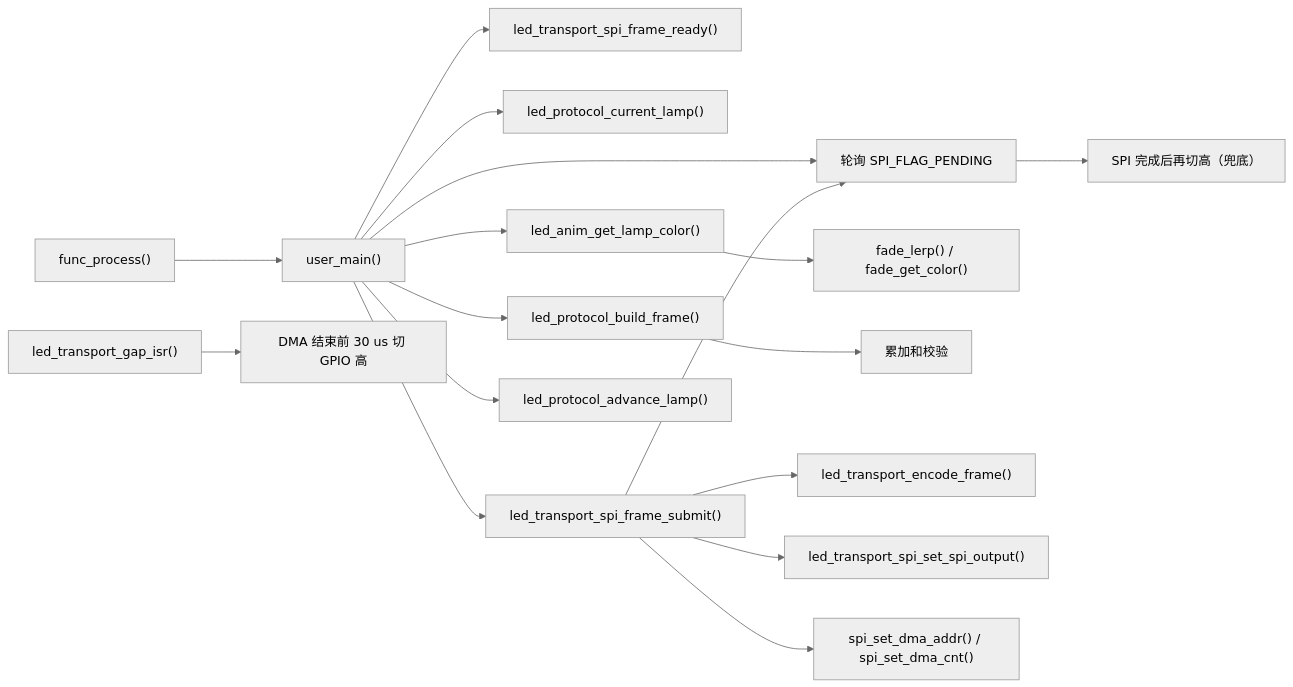
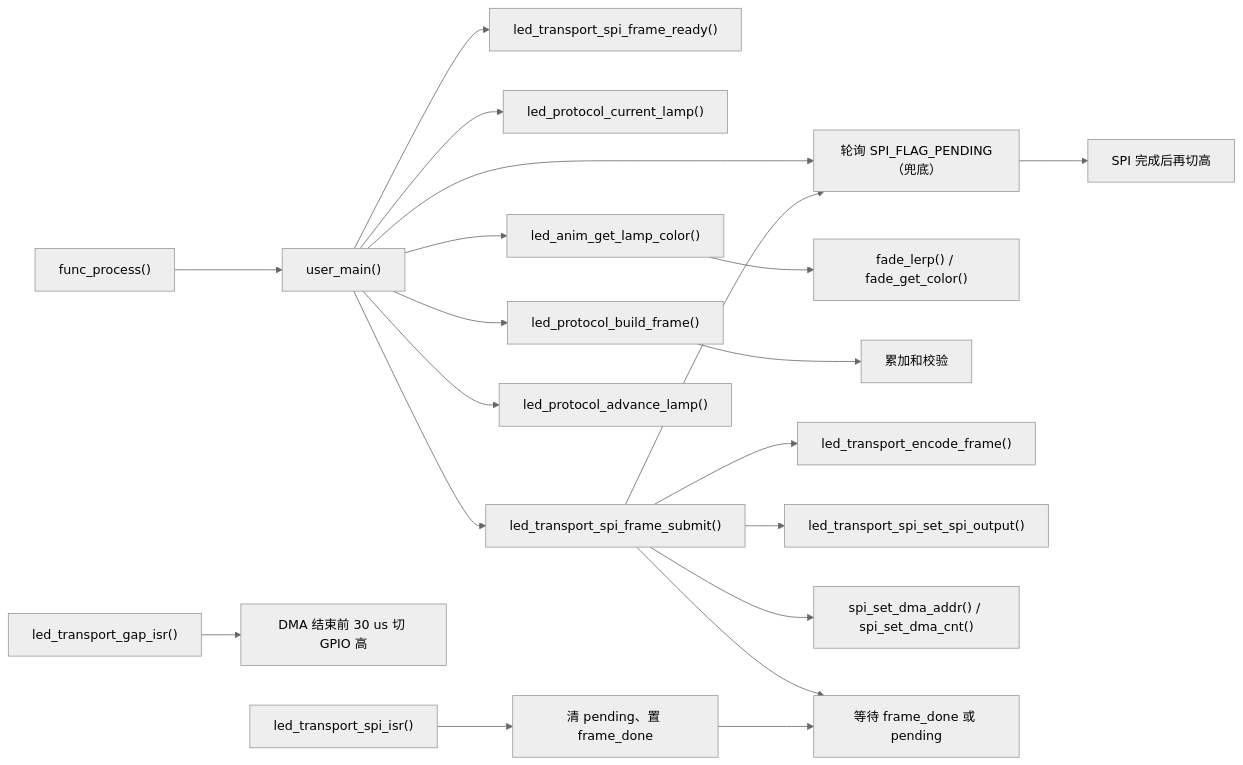
One commit to voidobserve/project-2026-10-22-AB2027A3-SOP16 changed the second of 6 diagrams in docs/LED三层架构与调用逻辑.md. Above: the diagram before and after it, drawn with Mermaid (neutral theme). The commit also changed other lines of this file and 1 other file, not shown here.

First line of the commit message:
feat(led): SPI 帧发送完成改为中断驱动，保留轮询与超时兜底

````diff
--- a/docs/LED三层架构与调用逻辑.md
+++ b/docs/LED三层架构与调用逻辑.md
@@ -128,23 +128,26 @@
 ```mermaid
 flowchart LR
     FUNC["func_process()"] --> UM["user_main()"]
 
     UM --> POLL["led_transport_spi_frame_poll()"]
     UM --> READY["led_transport_spi_frame_ready()"]
     UM --> LAMP["led_protocol_current_lamp()"]
     UM --> COL["led_anim_get_lamp_color()"]
     UM --> BUILD["led_protocol_build_frame()"]
     UM --> SUBMIT["led_transport_spi_frame_submit()"]
     UM --> ADV["led_protocol_advance_lamp()"]
 
     COL --> FADE["fade_lerp() / fade_get_color()"]
 
     BUILD --> CHK["累加和校验"]
 
     SUBMIT --> ENC["led_transport_encode_frame()"]
     SUBMIT --> MAP["led_transport_spi_set_spi_output()"]
     SUBMIT --> DMA["spi_set_dma_addr() / spi_set_dma_cnt()"]
-    SUBMIT --> POLL["轮询 SPI_FLAG_PENDING"]
+    SUBMIT --> WAIT["等待 frame_done 或 pending"]
     TMR1ISR["led_transport_gap_isr()"] --> GAP["DMA 结束前 30 us 切 GPIO 高"]
-    POLL --> IDLE["SPI 完成后再切高（兜底）"]
+    SPIISR["led_transport_spi_isr()"] --> DONE["清 pending、置 frame_done"]
+    DONE --> WAIT
+    SUBMIT --> POLL["轮询 SPI_FLAG_PENDING（兜底）"]
+    POLL --> IDLE["SPI 完成后再切高"]
 ```
````
